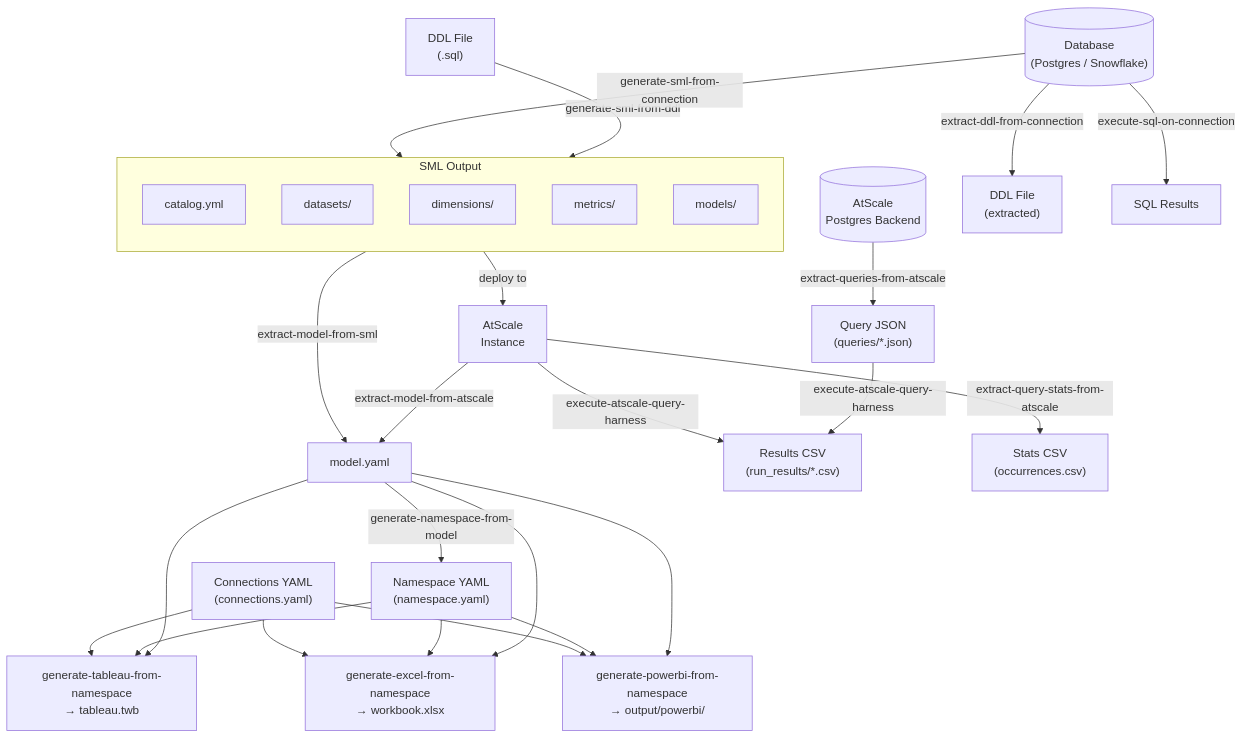
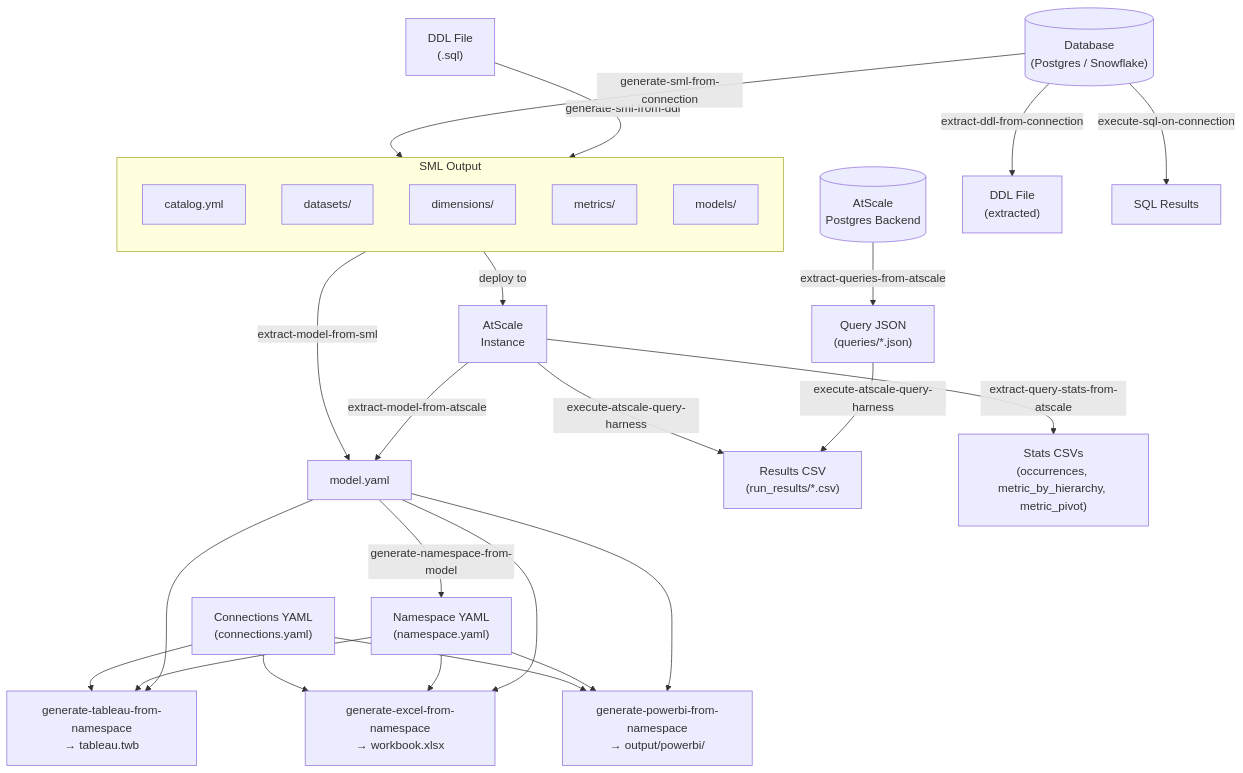
The diagram in ACTIONS.md (AtScaleInc/ps-utils), drawn with Mermaid before and after one commit. The commit also changed other lines of this file and 17 other files, not shown here.

````diff
--- a/ACTIONS.md
+++ b/ACTIONS.md
@@ -5,56 +5,56 @@
 ```mermaid
 flowchart TD
     DDL["DDL File<br/>(.sql)"]
     DB[("Database<br/>(Postgres / Snowflake)")]
     ATS["AtScale<br/>Instance"]
     ATSDB[("AtScale<br/>Postgres Backend")]
     NS["Namespace YAML<br/>(namespace.yaml)"]
     CONN["Connections YAML<br/>(connections.yaml)"]
 
     DDL -->|generate-sml-from-ddl| SML
     DB -->|generate-sml-from-connection| SML
     DB -->|extract-ddl-from-connection| DDL2["DDL File<br/>(extracted)"]
 
     subgraph SML["SML Output"]
         direction TB
         catalog["catalog.yml"]
         datasets["datasets/"]
         dims["dimensions/"]
         metrics["metrics/"]
         models["models/"]
     end
 
     SML -->|deploy to| ATS
     ATS -->|extract-model-from-atscale| MODEL["model.yaml"]
     SML -->|extract-model-from-sml| MODEL
 
     MODEL -->|generate-namespace-from-model| NS
     MODEL --> TWB
     MODEL --> XLSX
     NS --> TWB
     NS --> XLSX
     CONN --> TWB
     CONN --> XLSX
     MODEL --> PBI
     NS --> PBI
     CONN --> PBI
     TWB["generate-tableau-from-namespace<br/>→ tableau.twb"]
     XLSX["generate-excel-from-namespace<br/>→ workbook.xlsx"]
     PBI["generate-powerbi-from-namespace<br/>→ output/powerbi/"]
 
     DB -->|execute-sql-on-connection| SQLOUT["SQL Results"]
     ATSDB -->|extract-queries-from-atscale| QJSON["Query JSON<br/>(queries/*.json)"]
     QJSON -->|execute-atscale-query-harness| RCSV["Results CSV<br/>(run_results/*.csv)"]
     ATS -->|execute-atscale-query-harness| RCSV
-    ATS -->|extract-query-stats-from-atscale| STATSCSV["Stats CSV<br/>(occurrences.csv)"]
+    ATS -->|extract-query-stats-from-atscale| STATSCSV["Stats CSVs<br/>(occurrences, metric_by_hierarchy, metric_pivot)"]
 
     click MODEL href "#extract-model-from-atscale" "extract-model-from-atscale"
     click DDL2 href "#extract-ddl-from-connection" "extract-ddl-from-connection"
     click SQLOUT href "#execute-sql-on-connection" "execute-sql-on-connection"
     click TWB href "#generate-tableau-from-namespace" "generate-tableau-from-namespace"
     click XLSX href "#generate-excel-from-namespace" "generate-excel-from-namespace"
     click PBI href "#generate-powerbi-from-namespace" "generate-powerbi-from-namespace"
     click QJSON href "#extract-queries-from-atscale" "extract-queries-from-atscale"
     click RCSV href "#execute-atscale-query-harness" "execute-atscale-query-harness"
     click STATSCSV href "#extract-query-stats-from-atscale" "extract-query-stats-from-atscale"
 ```
````
